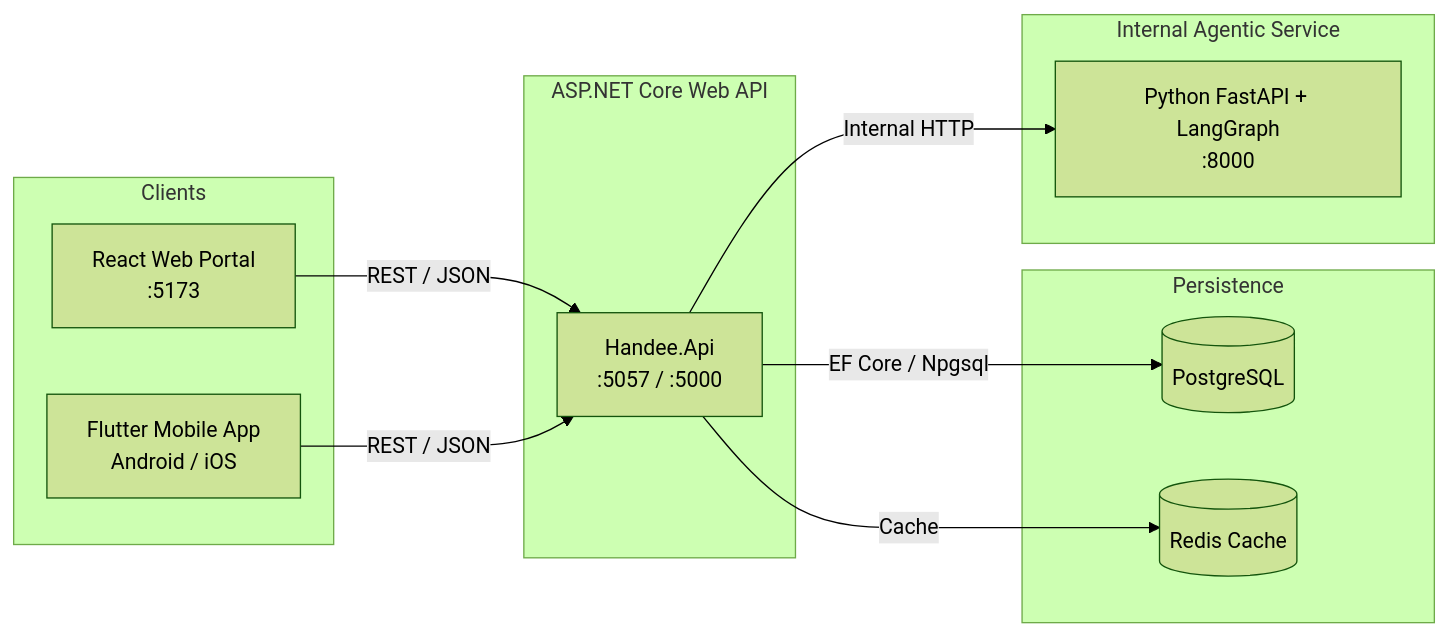
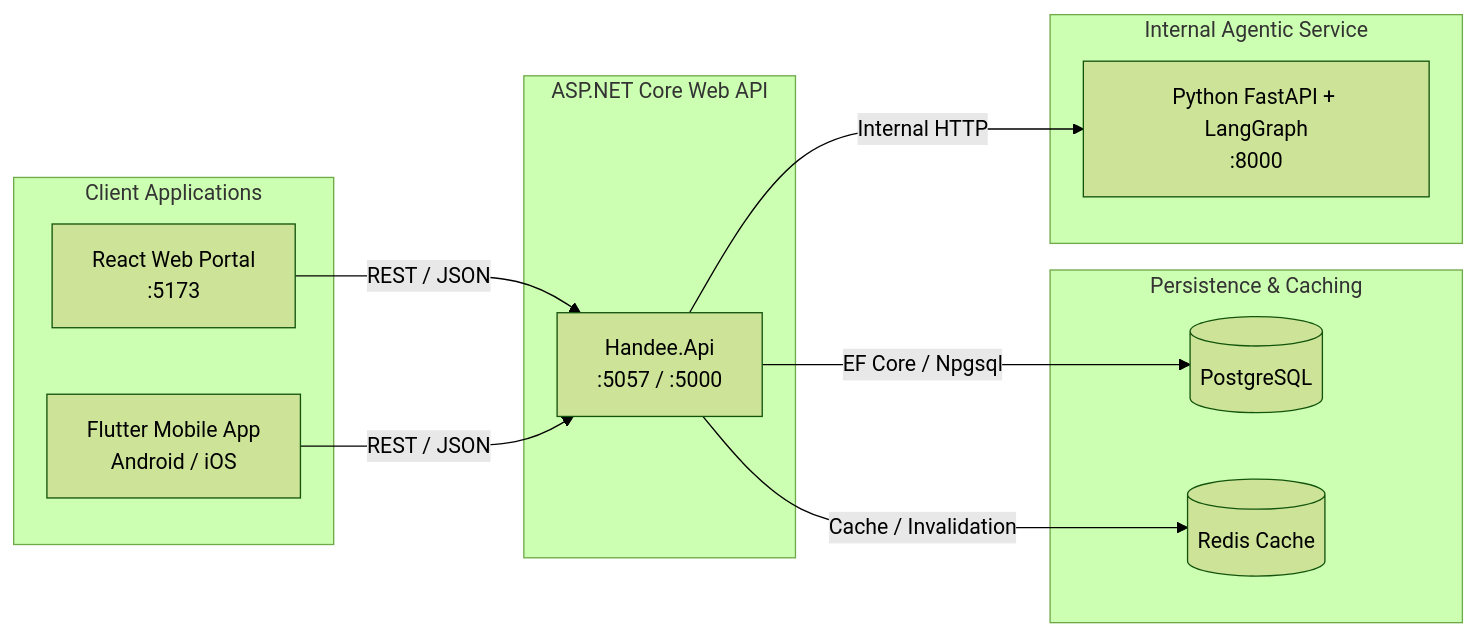
Before and after one commit to MovinduLochana/handee: the first of 2 diagrams in README.md, drawn with Mermaid (forest theme). The commit also changed other lines of this file, not shown here.

````diff
--- a/README.md
+++ b/README.md
@@ -11,26 +43,26 @@
 ```mermaid
 flowchart LR
-    subgraph Clients
-        Web[React Web Portal<br/>:5173]
-        App[Flutter Mobile App<br/>Android / iOS]
+    subgraph Clients["Client Applications"]
+        Web["React Web Portal<br/>:5173"]
+        App["Flutter Mobile App<br/>Android / iOS"]
     end
 
-    subgraph Backend [ASP.NET Core Web API]
-        API[Handee.Api<br/>:5057 / :5000]
+    subgraph Backend["ASP.NET Core Web API"]
+        API["Handee.Api<br/>:5057 / :5000"]
     end
 
-    subgraph Data [Persistence]
-        DB[(PostgreSQL)]
-        Redis[(Redis Cache)]
+    subgraph Data["Persistence & Caching"]
+        DB[("PostgreSQL")]
+        Redis[("Redis Cache")]
     end
 
-    subgraph AI [Internal Agentic Service]
-        Agents[Python FastAPI + LangGraph<br/>:8000]
+    subgraph AI["Internal Agentic Service"]
+        Agents["Python FastAPI + LangGraph<br/>:8000"]
     end
 
     Web -->|REST / JSON| API
     App -->|REST / JSON| API
     API -->|EF Core / Npgsql| DB
-    API -->|Cache| Redis
+    API -->|Cache / Invalidation| Redis
     API -->|Internal HTTP| Agents
 ```
````
